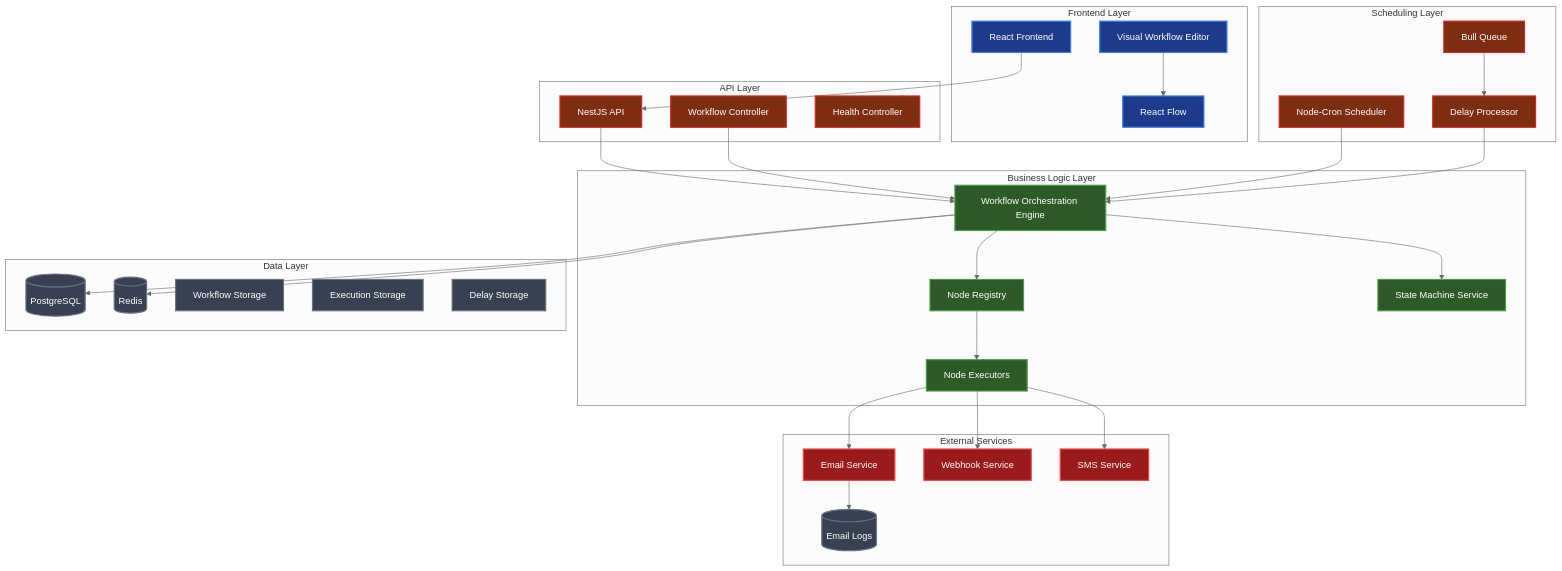
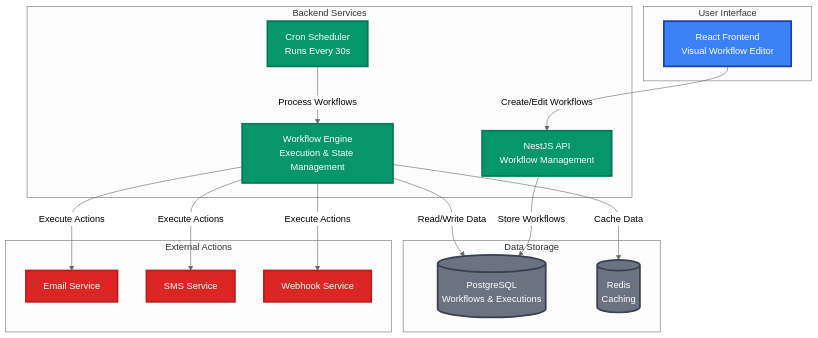
Before and after one commit to mdasrafkhan/workflow-me: the first of 4 diagrams in README.md, drawn with Mermaid (neutral theme).

Commit message:
refactor README to improve clarity of system architecture and workflow execution flow.

````diff
--- a/README.md
+++ b/README.md
@@ -35,74 +35,44 @@
 ```mermaid
 graph TB
-    subgraph "Frontend Layer"
-        UI[React Frontend]
-        VWE[Visual Workflow Editor]
-        RF[React Flow]
+    subgraph "User Interface"
+        UI[React Frontend<br/>Visual Workflow Editor]
     end
 
-    subgraph "API Layer"
-        API[NestJS API]
-        WC[Workflow Controller]
-        HC[Health Controller]
+    subgraph "Backend Services"
+        API[NestJS API<br/>Workflow Management]
+        ENGINE[Workflow Engine<br/>Execution & State Management]
+        SCHEDULER[Cron Scheduler<br/>Runs Every 30s]
     end
 
-    subgraph "Business Logic Layer"
-        WOE[Workflow Orchestration Engine]
-        NR[Node Registry]
-        NE[Node Executors]
-        SM[State Machine Service]
+    subgraph "Data Storage"
+        DB[(PostgreSQL<br/>Workflows & Executions)]
+        CACHE[(Redis<br/>Caching)]
     end
 
-    subgraph "Scheduling Layer"
-        CRON[Node-Cron Scheduler]
-        BQ[Bull Queue]
-        DP[Delay Processor]
+    subgraph "External Actions"
+        EMAIL[Email Service]
+        SMS[SMS Service]
+        WEBHOOK[Webhook Service]
     end
 
-    subgraph "Data Layer"
-        PG[(PostgreSQL)]
-        RD[(Redis)]
-        WF[Workflow Storage]
-        EX[Execution Storage]
-        DL[Delay Storage]
-    end
-
-    subgraph "External Services"
-        EMAIL[Email Service]
-        EMAIL_LOG[(Email Logs)]
-        WEBHOOK[Webhook Service]
-        SMS[SMS Service]
-    end
-
-    UI --> API
-    VWE --> RF
-    API --> WOE
-    WC --> WOE
-    WOE --> NR
-    NR --> NE
-    WOE --> SM
-    CRON --> WOE
-    BQ --> DP
-    DP --> WOE
-    WOE --> PG
-    WOE --> RD
-    NE --> EMAIL
-    EMAIL --> EMAIL_LOG
-    NE --> WEBHOOK
-    NE --> SMS
+    %% Main flow
+    UI -->|Create/Edit Workflows| API
+    API -->|Store Workflows| DB
+    SCHEDULER -->|Process Workflows| ENGINE
+    ENGINE -->|Read/Write Data| DB
+    ENGINE -->|Execute Actions| EMAIL
+    ENGINE -->|Execute Actions| SMS
+    ENGINE -->|Execute Actions| WEBHOOK
+    ENGINE -->|Cache Data| CACHE
 
     %% Styling
-    classDef frontend fill:#1e3a8a,stroke:#3b82f6,stroke-width:2px,color:#ffffff
-    classDef api fill:#7c2d12,stroke:#dc2626,stroke-width:2px,color:#ffffff
-    classDef business fill:#2d5a27,stroke:#4a9d4a,stroke-width:2px,color:#ffffff
-    classDef scheduling fill:#7c2d12,stroke:#dc2626,stroke-width:2px,color:#ffffff
-    classDef data fill:#374151,stroke:#6b7280,stroke-width:2px,color:#ffffff
-    classDef external fill:#991b1b,stroke:#ef4444,stroke-width:2px,color:#ffffff
+    classDef frontend fill:#3b82f6,stroke:#1e40af,stroke-width:3px,color:#ffffff
+    classDef backend fill:#059669,stroke:#047857,stroke-width:3px,color:#ffffff
+    classDef data fill:#6b7280,stroke:#374151,stroke-width:3px,color:#ffffff
+    classDef external fill:#dc2626,stroke:#b91c1c,stroke-width:3px,color:#ffffff
 
-    class UI,VWE,RF frontend
-    class API,WC,HC api
-    class WOE,NR,NE,SM business
-    class CRON,BQ,DP scheduling
-    class PG,RD,WF,EX,DL,EMAIL_LOG data
-    class EMAIL,WEBHOOK,SMS external
+    class UI frontend
+    class API,ENGINE,SCHEDULER backend
+    class DB,CACHE data
+    class EMAIL,SMS,WEBHOOK external
 ```
````
